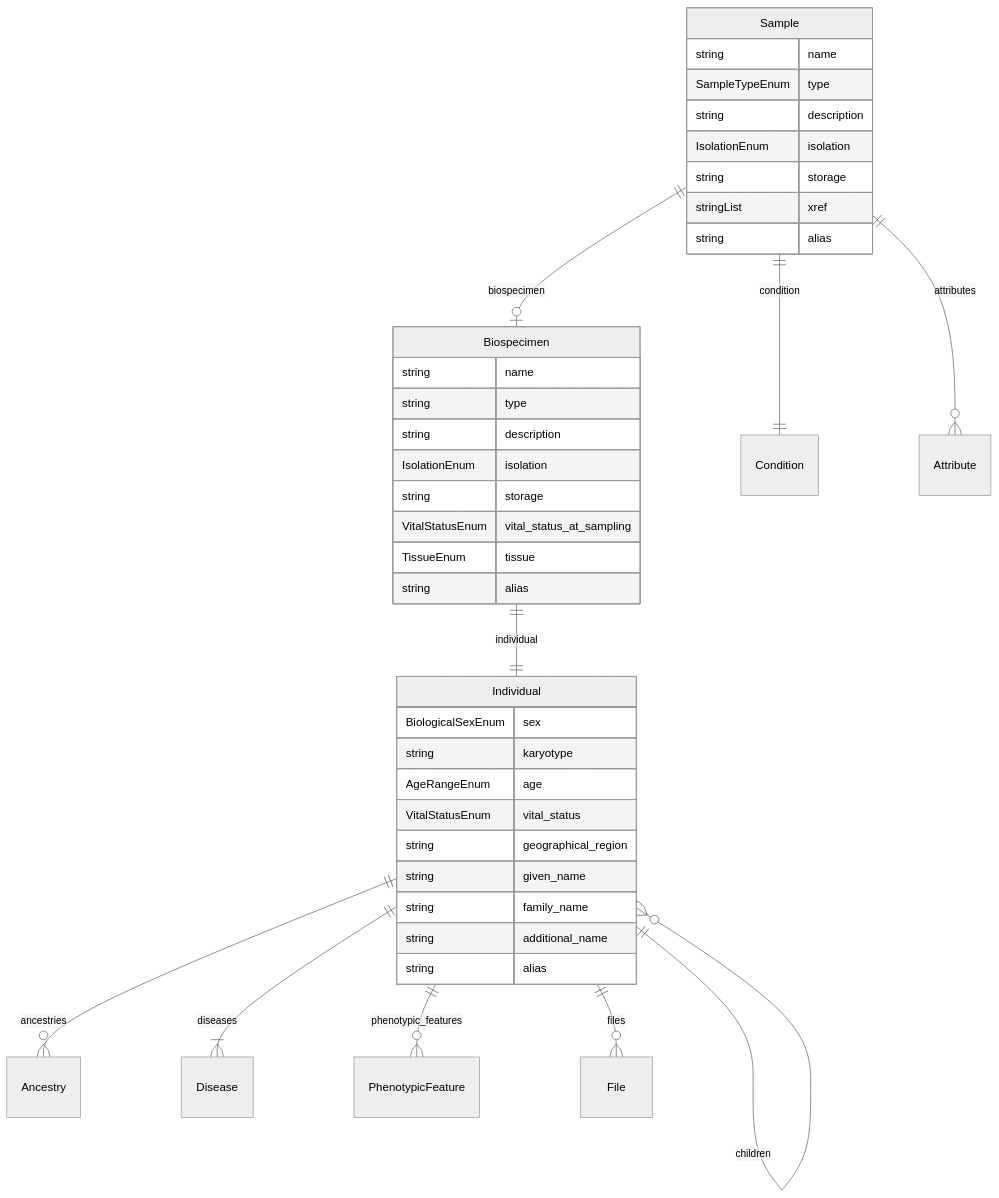
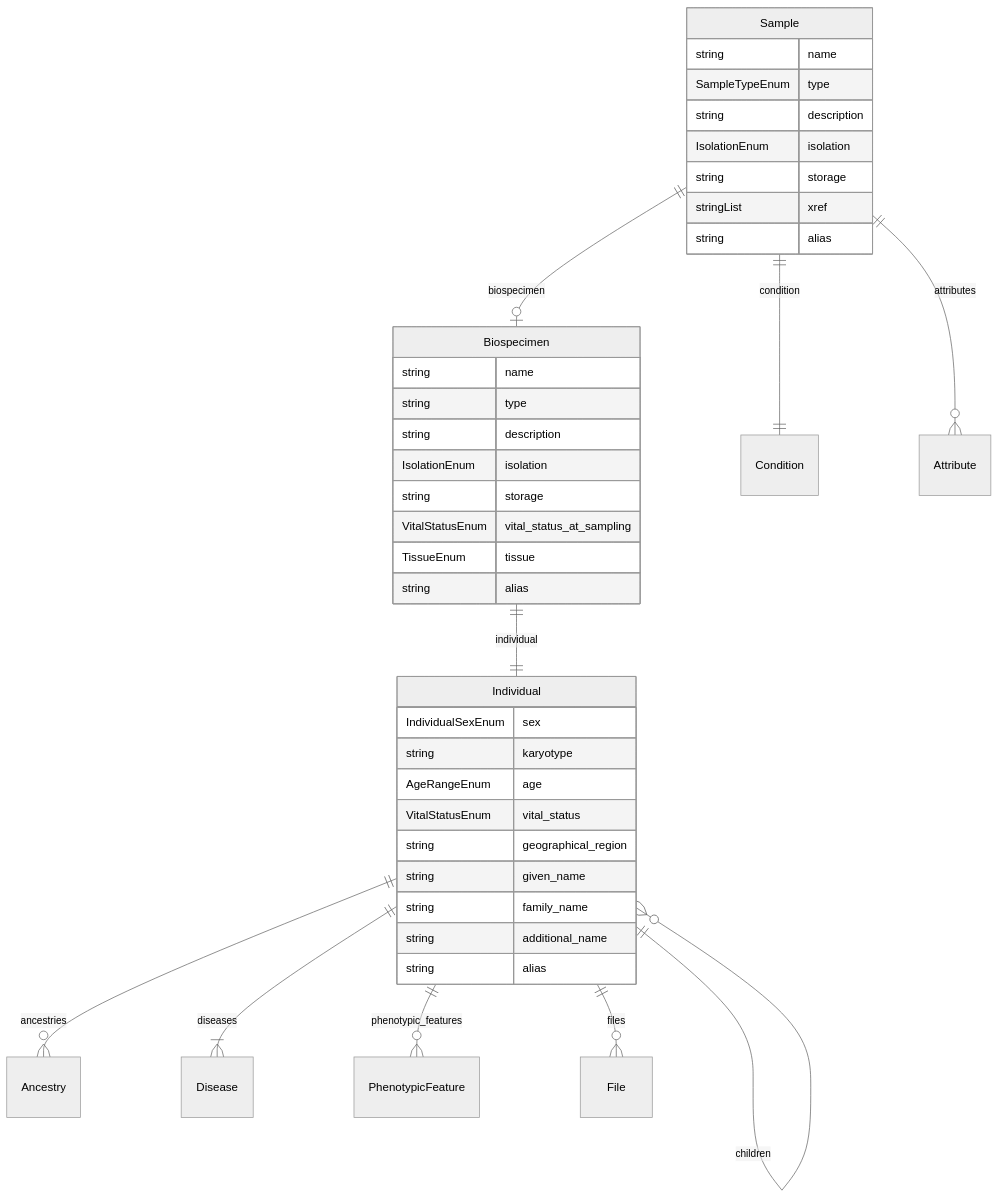
One commit to ghga-de/ghga-metadata-schema changed the fifth of 7 diagrams in docs/entity_relations.md. Above: the diagram before and after it, drawn with Mermaid (neutral theme). The commit also changed 7 other files, not shown here.

Commit message:
Add IndividualSexEnum

````diff
--- a/docs/entity_relations.md
+++ b/docs/entity_relations.md
@@ -265,45 +265,45 @@
 ```mermaid
 erDiagram
 Individual {
-    BiologicalSexEnum sex  
+    IndividualSexEnum sex  
     string karyotype  
     AgeRangeEnum age  
     VitalStatusEnum vital_status  
     string geographical_region  
     string given_name  
     string family_name  
     string additional_name  
     string alias  
 }
 Biospecimen {
     string name  
     string type  
     string description  
     IsolationEnum isolation  
     string storage  
     VitalStatusEnum vital_status_at_sampling  
     TissueEnum tissue  
     string alias  
 }
 Sample {
     string name  
     SampleTypeEnum type  
     string description  
     IsolationEnum isolation  
     string storage  
     stringList xref  
     string alias  
 }
 
 Individual ||--}o Ancestry : "ancestries"
 Individual ||--}o Individual : "parents"
 Individual ||--}o Individual : "children"
 Individual ||--}| Disease : "diseases"
 Individual ||--}o PhenotypicFeature : "phenotypic_features"
 Individual ||--}o File : "files"
 Biospecimen ||--|| Individual : "individual"
 Sample ||--|o Biospecimen : "biospecimen"
 Sample ||--|| Condition : "condition"
 Sample ||--}o Attribute : "attributes"
 
 ```
````
